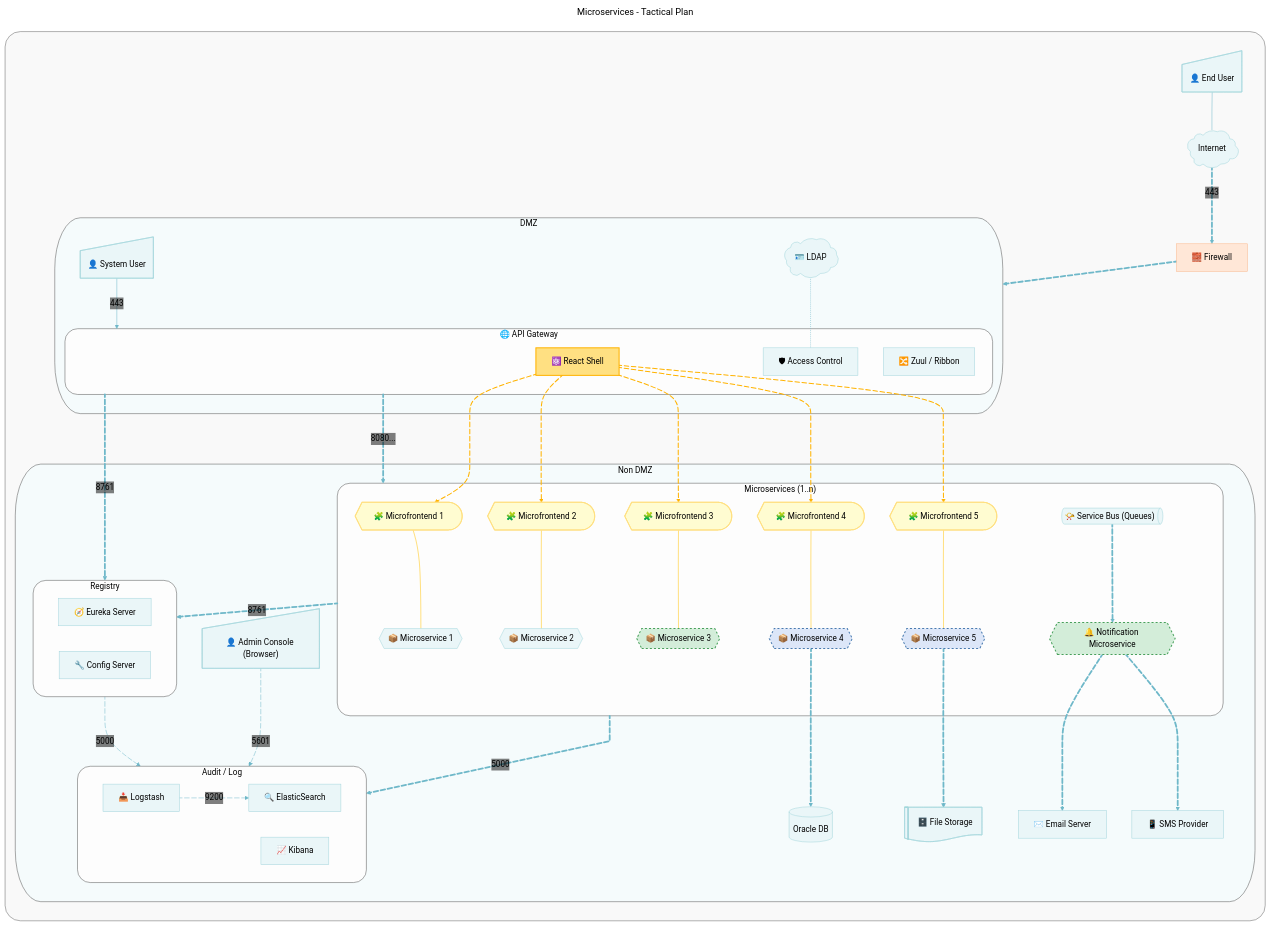
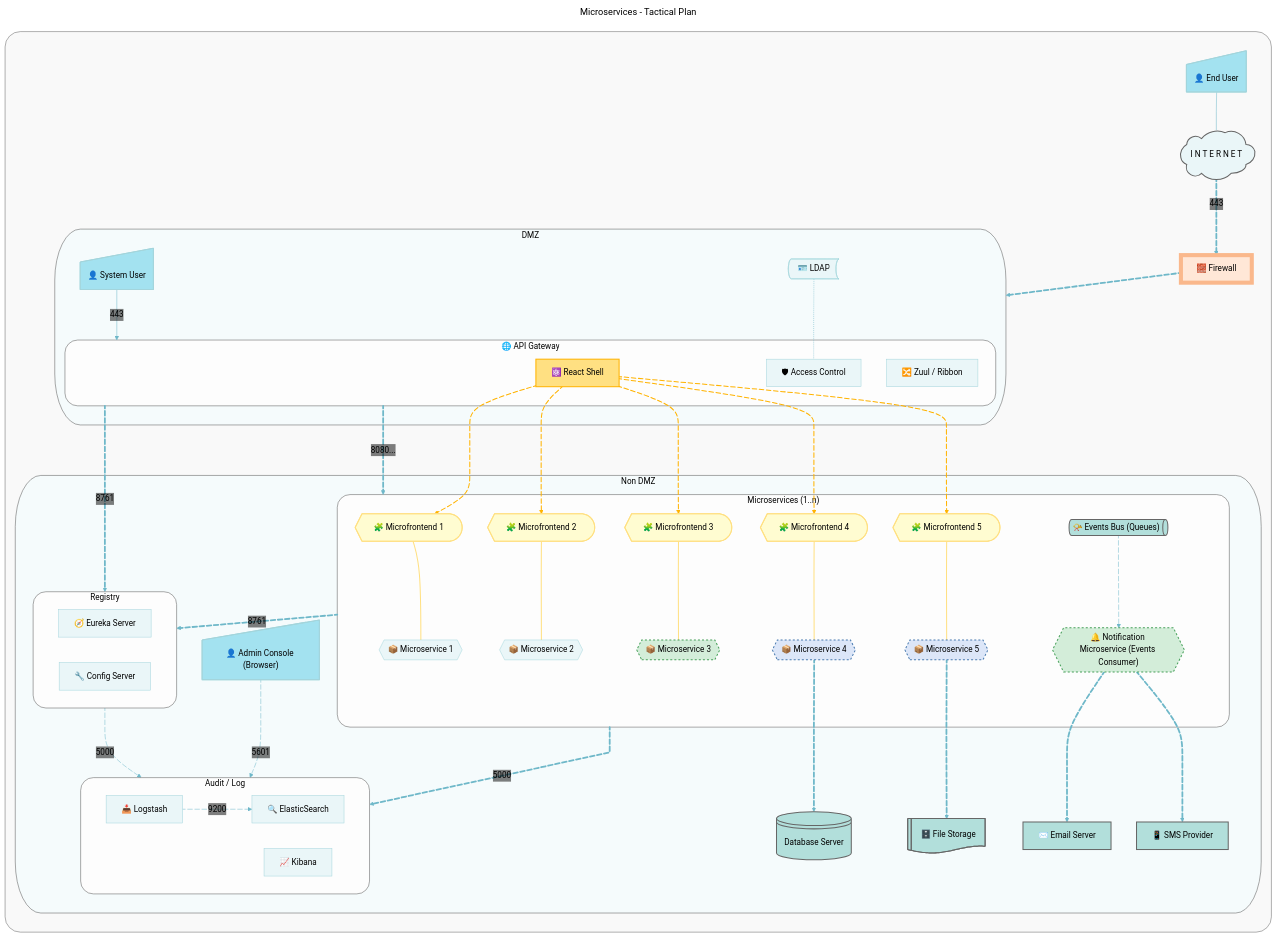
The diagram in mermaid/ddd-templates/microservices.tpl.mmd (govindthange/playbooks), drawn with Mermaid before and after one commit.

Commit message:
Refine strokes in mermaid microservice template

```diff
--- a/mermaid/ddd-templates/microservices.tpl.mmd
+++ b/mermaid/ddd-templates/microservices.tpl.mmd
@@ -29,12 +29,12 @@
   subgraph subMainContainer[" "]
     direction TD
     endUser@{ shape: sl-rect, label: "👤 End User" }
-    internet@{ shape: cloud, label: "Internet" }
+    internet@{ shape: cloud, label: "I  N  T  E  R  N  E  T" }
     firewall@{ shape: rect, label: "🧱 Firewall" }
 
     subgraph subDmz [DMZ]
         systemUser@{ shape: sl-rect, label: "👤 System User" }
-        ldap@{ shape: cloud, label: "🪪 LDAP" }
+        ldap@{ shape: bow-rect, label: "🪪 LDAP" }
         
         subgraph subApiGateway [🌐 API Gateway]
             srvReactShell@{ shape: rect, label: "⚛️ React Shell" }
@@ -71,11 +71,11 @@
             srvService5@{ shape: hex, label: "📦 Microservice 5" }
             mfeService5 --- srvService5
             
-            srvNotification@{ shape: hex, label: "🔔 Notification Microservice" }
-            serviceBus@{ shape: h-cyl, label: "📯 Service Bus (Queues)" }
+            srvNotification@{ shape: hex, label: "🔔 Notification Microservice (Events Consumer)" }
+            eventsBus@{ shape: h-cyl, label: "📯 Events Bus (Queues)" }
         end
         
-        dbOracle@{ shape: cyl, label: "Oracle DB" }
+        databaseStorage@{ shape: lin-cyl, label: "Database Server" }
         fileStorage@{ shape: lin-doc, label: "🗄️ File Storage" }
     
         smsProvider@{ shape: rect, label: "📱 SMS Provider" }
@@ -87,7 +87,7 @@
             logKibana@{ shape: rect, label: "📈 Kibana" }
         end
 
-        usrAdmin@{ shape: sl-rect, label: "👤 Admin Console (Browser)" }
+        adminUser@{ shape: sl-rect, label: "👤 Admin Console (Browser)" }
     end
 
     %% Keep firewall over subApiGateway
@@ -128,8 +128,8 @@
     ldap edgeLdap@-.- srvAccessControl
     edgeLdap@{ curve: linear }
 
-    systemUser edgeSidbi@-->|443| subApiGateway
-    edgeSidbi@{ curve: linear }
+    systemUser edgeSysUser@-->|443| subApiGateway
+    edgeSysUser@{ curve: linear }
     
     subApiGateway edgeMicro@==>|8080...| subMicroservices
     edgeMicro@{ curve: linear, animate: true, animation: fast }
@@ -137,7 +137,7 @@
     subApiGateway edgeRegistry@==>|8761| subRegistry
     edgeRegistry@{ curve: linear, animate: true, animation: fast }
 
-    srvService4 edgeDb1@==> dbOracle
+    srvService4 edgeDb1@==> databaseStorage
     edgeDb1@{ curve: linear, animate: true, animation: fast }
 
     srvService5 edgeDb2@==> fileStorage
@@ -149,7 +149,7 @@
     logLogstash edgeLog@--> |9200| logElastic
     edgeLog@{ curve: linear, animate: true, animation: fast }
 
-    usrAdmin edgeAdmin@-.->|5601| subAudit
+    adminUser edgeAdmin@-.->|5601| subAudit
     edgeAdmin@{ curve: basis, animate: true, animation: fast }
 
     subRegistry edgeConfig@-.->|5000| subAudit
@@ -159,14 +159,14 @@
     edgeEureka@{ curve: linear, animate: true, animation: fast }
 
     %% Notification / External Integrations matching reference layout
-    %% subMicroservices edgeNotification@==> serviceBus
+    %% subMicroservices edgeNotification@==> eventsBus
     %% edgeNotification@{ curve: linear, animate: true, animation: fast }
 
-    %% serviceBus edgeServiceBusAll@<-.- srvService1 & srvService2 & srvService3 & srvService4 & srvService5
-    %% edgeServiceBusAll@{ curve: linear, stroke: "#ffb300" }
+    %% eventsBus edgeEventsBusAll@<-.- srvService1 & srvService2 & srvService3 & srvService4 & srvService5
+    %% edgeEventsBusAll@{ curve: linear, stroke: "#ffb300" }
 
-    serviceBus edgeServiceBus@==> srvNotification
-    edgeServiceBus@{ curve: linear, animate: true, animation: fast }
+    eventsBus edgeEventsBus@--> srvNotification
+    edgeEventsBus@{ curve: linear, animate: true, animation: fast }
 
     srvNotification edgeEmailNotify@==> emailServer
     edgeEmailNotify@{ curve: basis, animate: true, animation: fast }
@@ -182,6 +182,8 @@
 classDef supportingDomainContextClass fill:#d3edd9,stroke:#48a05b,stroke-dasharray: 4 4,stroke-width:2px;
 classDef uiClass fill:#FFFCD1,stroke:#ffe082,stroke-width:2px,color:#000000;
 classDef edgeAnimationClass stroke:#ffb300,stroke-width:2px,stroke-dasharray:9\,5,stroke-dashoffset:900,animation:dash 25s linear infinite;
+classDef userClass fill:#A3E2F0,stroke:#a3d5dc,stroke-width:2px,color:#000000;
+classDef systemClass fill:#b2dfdb,stroke:#666666,stroke-width:2px;
 
 class subDmz,subNonDmz subContainerClass;
 class subApiGateway,subMicroservices,subRegistry,subAudit subInnerContainerClass;
@@ -189,8 +191,11 @@
 class srvNotification,srvService3 supportingDomainContextClass;    
 class mfeService1,mfeService1,mfeService2,mfeService3,mfeService4,mfeService5 uiClass;
 class edgeMfe3 edgeAnimationClass;
+class endUser,systemUser,adminUser userClass;
+class databaseStorage,fileStorage,emailServer,smsProvider,eventsBus systemClass;
 
 %% Adhoc styling
 style subMainContainer fill:#f9f9f9,stroke:#666666,stroke-width:1px,rx:30px,ry:30px;
 style srvReactShell fill:#ffe082,stroke:#ffb300,stroke-width:2px;
-style firewall fill:#ffe7d7,stroke:#fab88c;
+style firewall fill:#ffe7d7,stroke:#fab88c,stroke-width:8px;
+style internet stroke:#666666,stroke-width:2px;
```
